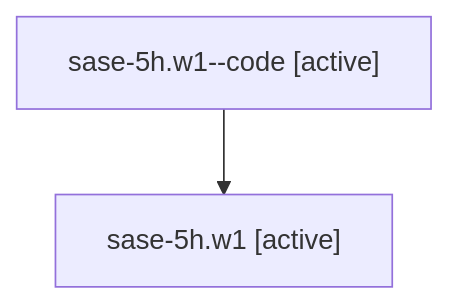
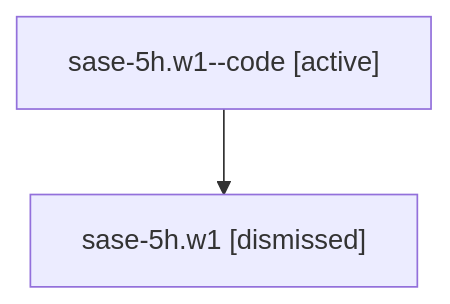
The diagram in sessions/bbugyi200.athena.sase-5h.w1.md (sase-org/sase--agents), drawn with Mermaid before and after one commit. The commit also changed other lines of this file and 43 other files, not shown here.

````diff
--- a/sessions/bbugyi200.athena.sase-5h.w1.md
+++ b/sessions/bbugyi200.athena.sase-5h.w1.md
@@ -9,6 +9,6 @@
 ```mermaid
 flowchart TD
   n0["sase-5h.w1--code [active]"]
-  n1["sase-5h.w1 [active]"]
+  n1["sase-5h.w1 [dismissed]"]
   n0 --> n1
 ```
````
